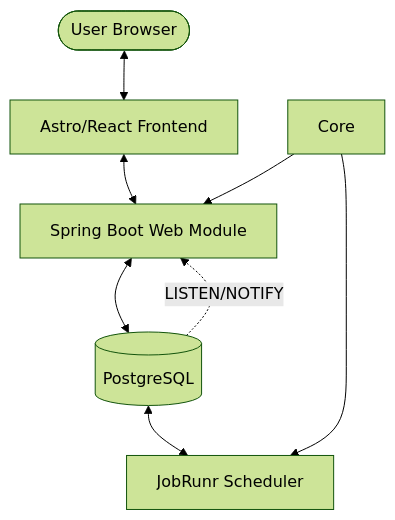
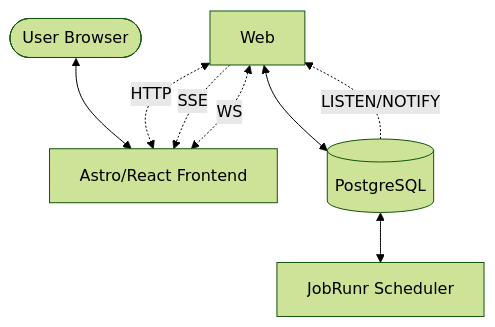
Before and after one commit to mangila/fibonacci: the diagram in README.md, drawn with Mermaid (forest theme).

````diff
--- a/README.md
+++ b/README.md
@@ -34,10 +34,10 @@
 ```mermaid
 graph TD
     User([User Browser]) <--> Client[Astro/React Frontend]
-    Client <--> Web[Spring Boot Web Module]
+    Web <-.->|HTTP| Client
+    Web -.->|SSE| Client
+    Web <-.->|WS| Client
     Web <--> DB[(PostgreSQL)]
-    Core --> Web
-    Core --> Scheduler[JobRunr Scheduler]
     DB[(PostgreSQL)] <--> Scheduler[JobRunr Scheduler]
     DB -.->|LISTEN/NOTIFY| Web
 ```
````
